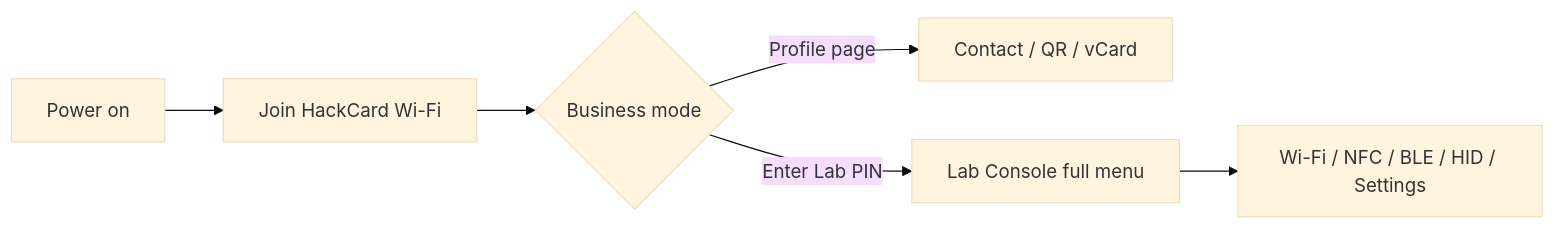
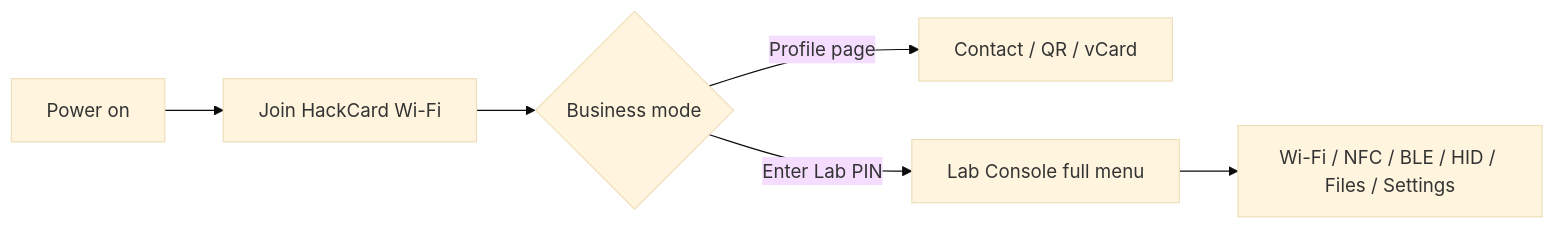
One commit to auratechkick/HackCard changed the diagram in HackCard_ESP32/docs/lab-console-user-guide.md. Above: the diagram before and after it, drawn with Mermaid (base theme). The commit also changed other lines of this file and 41 other files, not shown here.

````diff
--- a/HackCard_ESP32/docs/lab-console-user-guide.md
+++ b/HackCard_ESP32/docs/lab-console-user-guide.md
@@ -11,8 +11,8 @@
 ```mermaid
 flowchart LR
   A[Power on] --> B[Join HackCard Wi-Fi]
   B --> C{Business mode}
   C -->|Profile page| D[Contact / QR / vCard]
   C -->|Enter Lab PIN| E[Lab Console full menu]
-  E --> F[Wi-Fi / NFC / BLE / HID / Settings]
+  E --> F[Wi-Fi / NFC / BLE / HID / Files / Settings]
 ```
````
